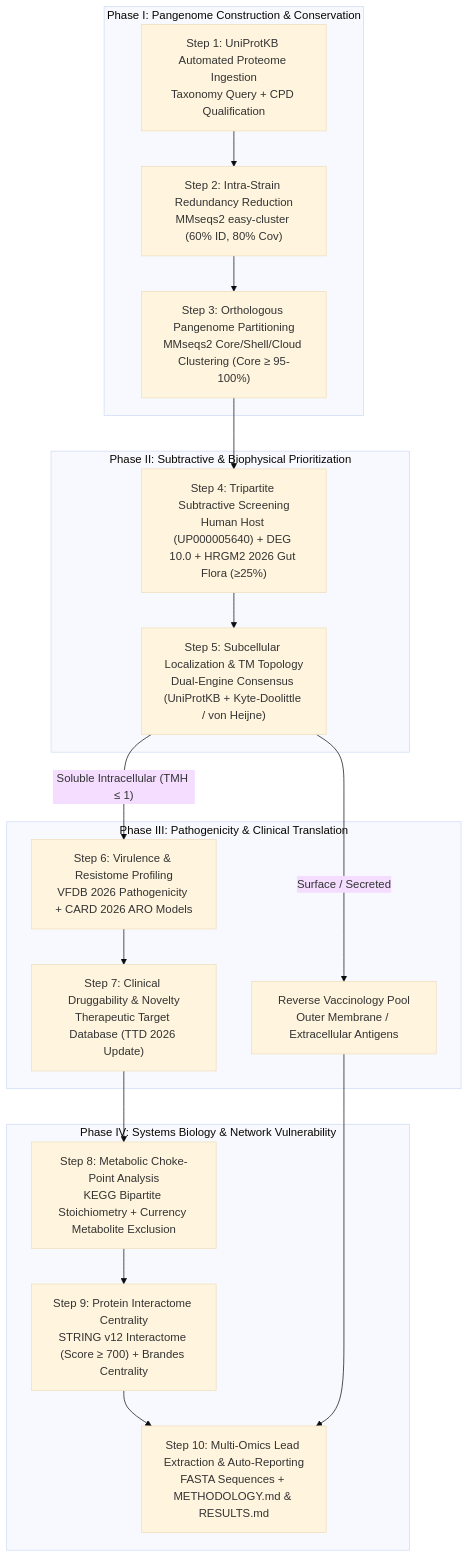
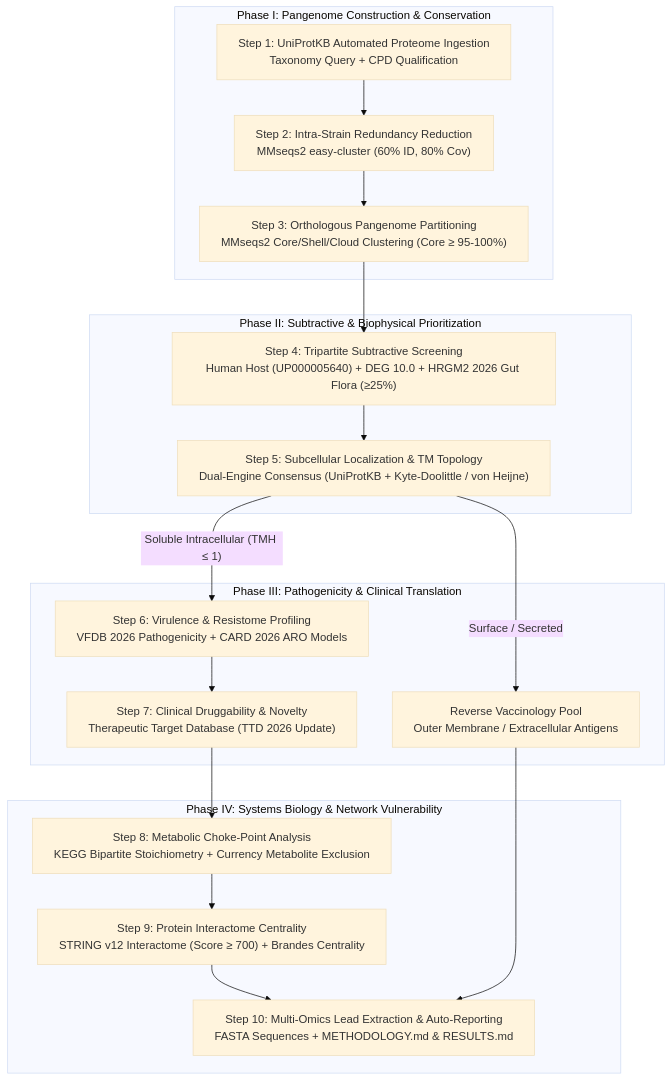
One commit to Soash/pandruvaci changed the diagram in README.md. Above: the diagram before and after it, drawn with Mermaid (base theme). The commit also changed 1 other file, not shown here.

Commit message:
Configure Mermaid flowchart wrappingWidth to 480px for wider readable boxes

````diff
--- a/README.md
+++ b/README.md
@@ -126,25 +126,30 @@
 ```mermaid
+---
+config:
+  flowchart:
+    wrappingWidth: 480
+---
 flowchart TD
     subgraph P1 ["Phase I: Pangenome Construction & Conservation"]
         S1["Step 1: UniProtKB Automated Proteome Ingestion<br/>Taxonomy Query + CPD Qualification"] --> S2["Step 2: Intra-Strain Redundancy Reduction<br/>MMseqs2 easy-cluster (60% ID, 80% Cov)"]
         S2 --> S3["Step 3: Orthologous Pangenome Partitioning<br/>MMseqs2 Core/Shell/Cloud Clustering (Core ≥ 95-100%)"]
     end
 
     subgraph P2 ["Phase II: Subtractive & Biophysical Prioritization"]
         S3 --> S4["Step 4: Tripartite Subtractive Screening<br/>Human Host (UP000005640) + DEG 10.0 + HRGM2 2026 Gut Flora (≥25%)"]
         S4 --> S5["Step 5: Subcellular Localization & TM Topology<br/>Dual-Engine Consensus (UniProtKB + Kyte-Doolittle / von Heijne)"]
     end
 
     subgraph P3 ["Phase III: Pathogenicity & Clinical Translation"]
         S5 -->|"Soluble Intracellular (TMH ≤ 1)"| S6["Step 6: Virulence & Resistome Profiling<br/>VFDB 2026 Pathogenicity + CARD 2026 ARO Models"]
         S5 -->|"Surface / Secreted"| VAC["Reverse Vaccinology Pool<br/>Outer Membrane / Extracellular Antigens"]
         S6 --> S7["Step 7: Clinical Druggability & Novelty<br/>Therapeutic Target Database (TTD 2026 Update)"]
     end
 
     subgraph P4 ["Phase IV: Systems Biology & Network Vulnerability"]
         S7 --> S8["Step 8: Metabolic Choke-Point Analysis<br/>KEGG Bipartite Stoichiometry + Currency Metabolite Exclusion"]
         S8 --> S9["Step 9: Protein Interactome Centrality<br/>STRING v12 Interactome (Score ≥ 700) + Brandes Centrality"]
         S9 --> REP["Step 10: Multi-Omics Lead Extraction & Auto-Reporting<br/>FASTA Sequences + METHODOLOGY.md & RESULTS.md"]
         VAC --> REP
     end
 ```
````
